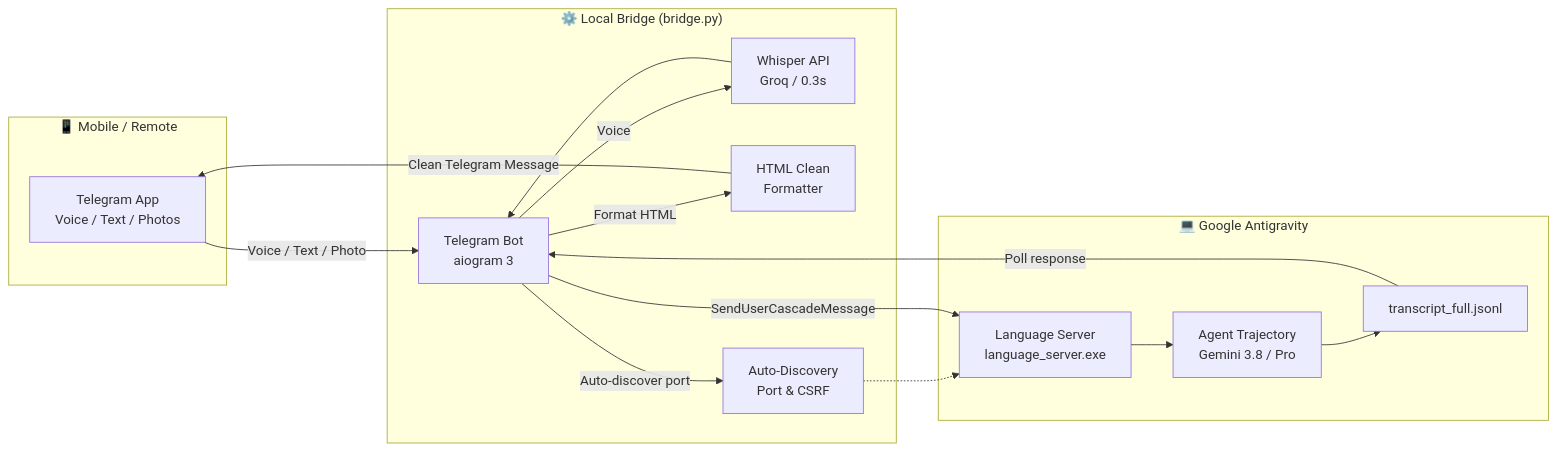
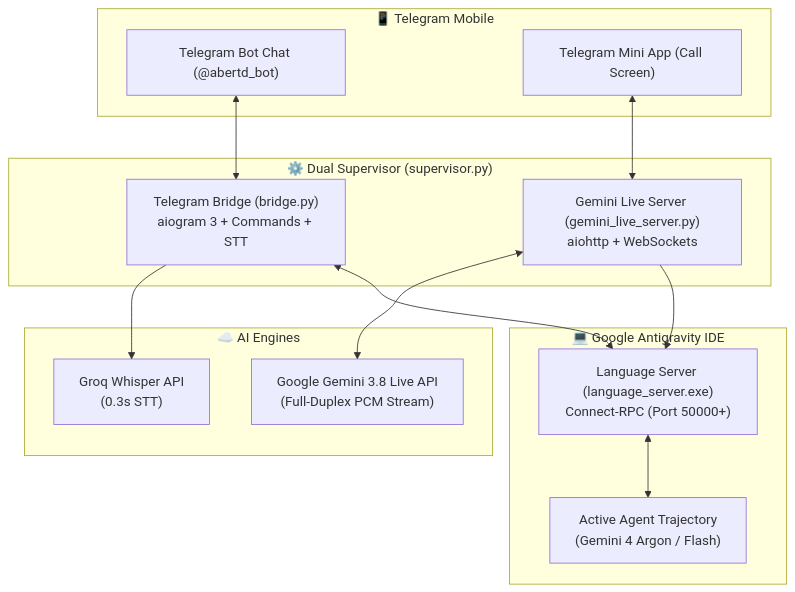
One commit to kamil8819/antigravity-telegram-bridge changed the diagram in README.md. Above: the diagram before and after it, drawn with Mermaid. The commit also changed other lines of this file and 15 other files, not shown here.

Commit message:
feat: Add Gemini 3.8 Live Voice Mini App, Dual Supervisor, Safety Suite & interactive commands

````diff
--- a/README.md
+++ b/README.md
@@ -35,31 +54,30 @@
 ```mermaid
-flowchart LR
-    subgraph Mobile ["📱 Mobile / Remote"]
-        TG[Telegram App<br>Voice / Text / Photos]
+flowchart TD
+    subgraph Mobile ["📱 Telegram Mobile"]
+        TG_APP["Telegram Bot Chat (@abertd_bot)"]
+        MINI_APP["Telegram Mini App (Call Screen)"]
     end
 
-    subgraph Bridge ["⚙️ Local Bridge (bridge.py)"]
-        BOT[Telegram Bot<br>aiogram 3]
-        WSP[Whisper API<br>Groq / 0.3s]
-        FMT[HTML Clean<br>Formatter]
-        DSC[Auto-Discovery<br>Port & CSRF]
+    subgraph Dual_Supervisor ["⚙️ Dual Supervisor (supervisor.py)"]
+        BRIDGE["Telegram Bridge (bridge.py)<br>aiogram 3 + Commands + STT"]
+        LIVE_SRV["Gemini Live Server (gemini_live_server.py)<br>aiohttp + WebSockets"]
     end
 
-    subgraph IDE ["💻 Google Antigravity"]
-        LS[Language Server<br>language_server.exe]
-        AGT[Agent Trajectory<br>Gemini 3.8 / Pro]
-        TRN[transcript_full.jsonl]
+    subgraph AI_Backends ["☁️ AI Engines"]
+        GEMINI_LIVE["Google Gemini 3.8 Live API<br>(Full-Duplex PCM Stream)"]
+        GROQ["Groq Whisper API<br>(0.3s STT)"]
     end
 
-    TG -->|Voice / Text / Photo| BOT
-    BOT -->|Voice| WSP
-    WSP --> BOT
-    BOT -->|Auto-discover port| DSC
-    DSC -.-> LS
-    BOT -->|SendUserCascadeMessage| LS
-    LS --> AGT
-    AGT --> TRN
-    TRN -->|Poll response| BOT
-    BOT -->|Format HTML| FMT
-    FMT -->|Clean Telegram Message| TG
+    subgraph PC_IDE ["💻 Google Antigravity IDE"]
+        LS["Language Server (language_server.exe)<br>Connect-RPC (Port 50000+)"]
+        AGT["Active Agent Trajectory<br>(Gemini 4 Argon / Flash)"]
+    end
+
+    TG_APP <--> BRIDGE
+    MINI_APP <--> LIVE_SRV
+    BRIDGE --> GROQ
+    LIVE_SRV <--> GEMINI_LIVE
+    BRIDGE <--> LS
+    LIVE_SRV --> LS
+    LS <--> AGT
 ```
````
